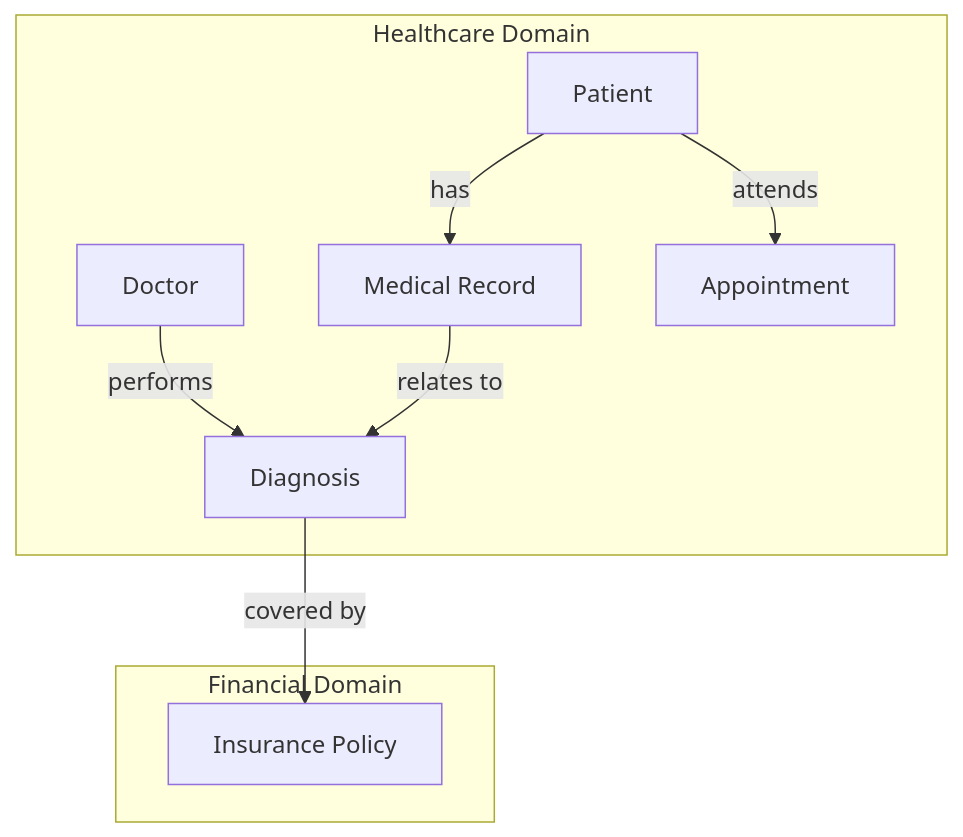
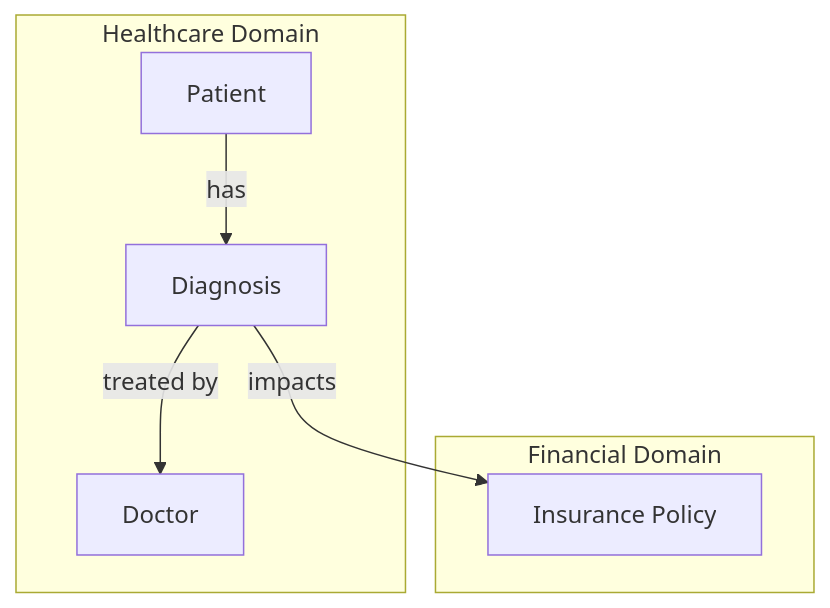
The diagram in tmp.md (ConicuConsulting/SlappGraphs), drawn with Mermaid before and after one commit. The commit also changed other lines of this file, not shown here.

````diff
--- a/tmp.md
+++ b/tmp.md
@@ -35,21 +29,17 @@
 ```mermaid
 graph TD
 
   subgraph HealthcareDomain[Healthcare Domain]
     Patient[Patient]
+    Diagnosis[Diagnosis]
     Doctor[Doctor]
-    MedicalRecord[Medical Record]
-    Diagnosis[Diagnosis]
-    Appointment[Appointment]
   end
 
   subgraph FinancialDomain[Financial Domain]
     Policy[Insurance Policy]
   end
 
-  Patient -- has --> MedicalRecord
-  Doctor -- performs --> Diagnosis
-  Patient -- attends --> Appointment
-  MedicalRecord -- relates to --> Diagnosis
-  Diagnosis -- covered by --> Policy
+  Patient -- has --> Diagnosis
+  Diagnosis -- treated by --> Doctor
+  Diagnosis -- impacts --> Policy
 ```
````
